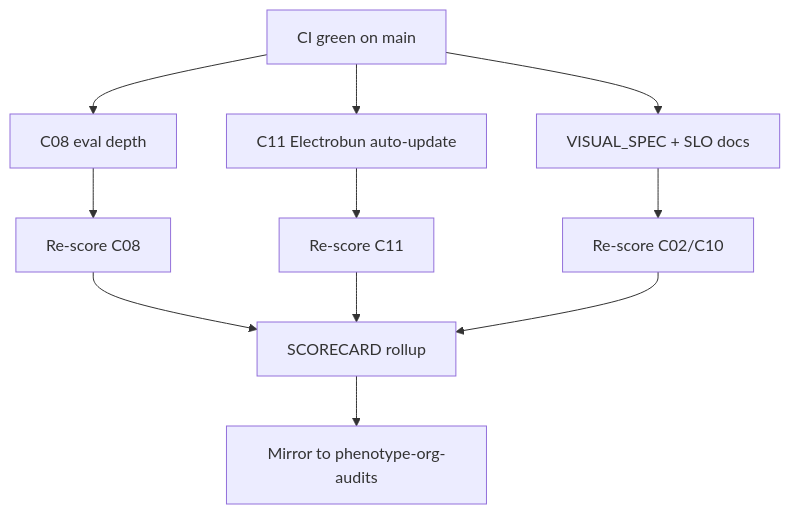
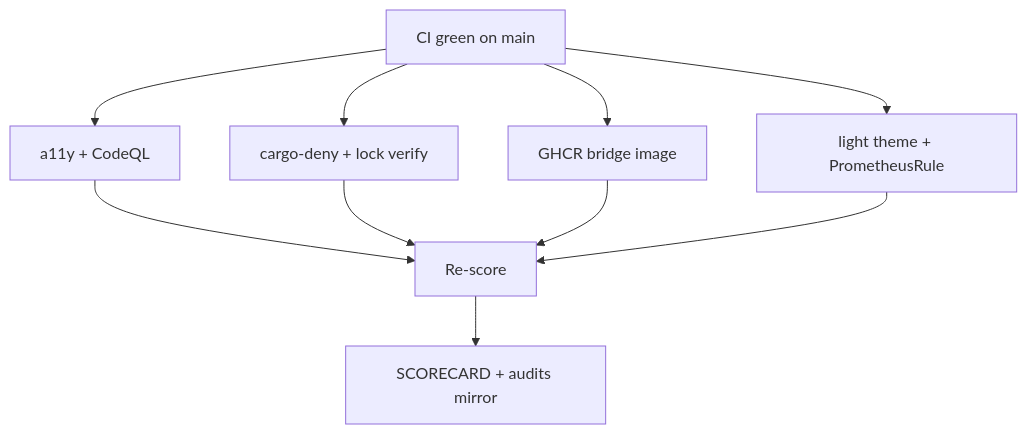
Before and after one commit to KooshaPari/Melosviz: the diagram in docs/WORK_DAG.md, drawn with Mermaid. The commit also changed other lines of this file and 33 other files, not shown here.

First line of the commit message:
Close remaining v38 gaps: a11y, CodeQL, cargo-deny, GHCR, light theme.

````diff
--- a/docs/WORK_DAG.md
+++ b/docs/WORK_DAG.md
@@ -6,13 +5,12 @@
 ```mermaid
 flowchart TD
-  A[CI green on main] --> B[C08 eval depth]
-  A --> C[C11 Electrobun auto-update]
-  A --> D[VISUAL_SPEC + SLO docs]
-  B --> E[Re-score C08]
-  C --> F[Re-score C11]
-  D --> G[Re-score C02/C10]
-  E --> H[SCORECARD rollup]
-  F --> H
-  G --> H
-  H --> I[Mirror to phenotype-org-audits]
+  A[CI green on main] --> B[a11y + CodeQL]
+  A --> C[cargo-deny + lock verify]
+  A --> D[GHCR bridge image]
+  A --> E[light theme + PrometheusRule]
+  B --> F[Re-score]
+  C --> F
+  D --> F
+  E --> F
+  F --> G[SCORECARD + audits mirror]
 ```
````
